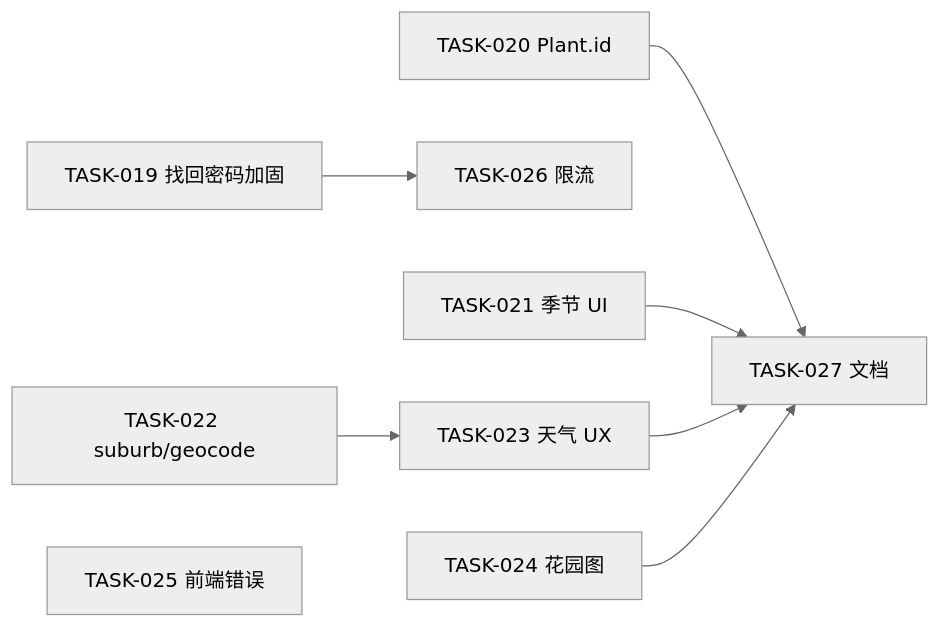
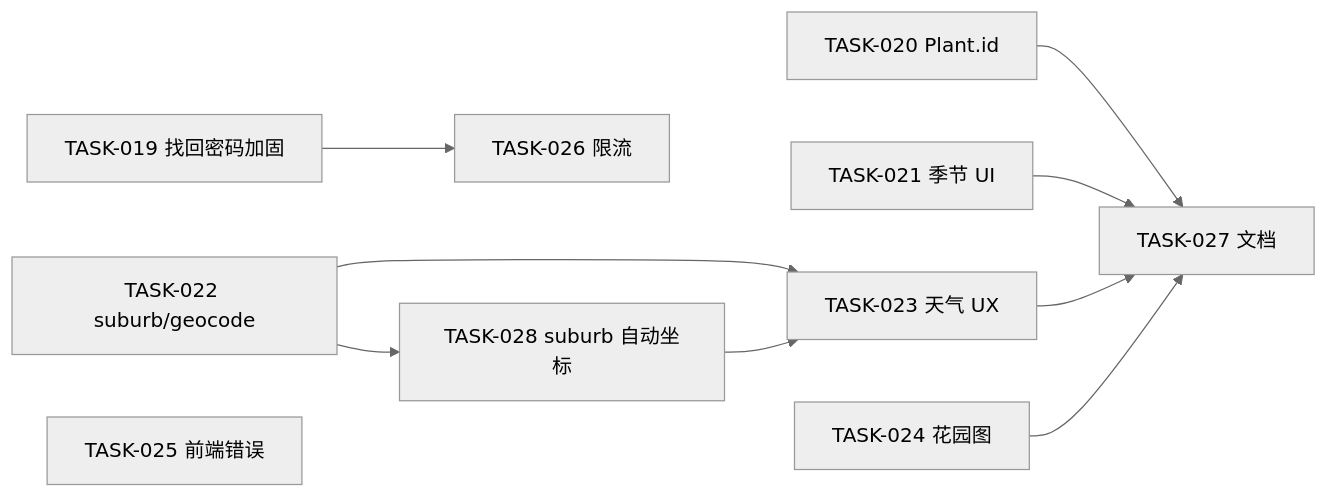
The diagram in docs/tasks/README.md (saltduck/gardenassist), drawn with Mermaid (neutral theme) before and after one commit. The commit also changed other lines of this file and 13 other files, not shown here.

````diff
--- a/docs/tasks/README.md
+++ b/docs/tasks/README.md
@@ -48,19 +54,22 @@
 ```mermaid
 flowchart LR
   T019[TASK-019 找回密码加固]
   T022[TASK-022 suburb/geocode]
   T023[TASK-023 天气 UX]
   T026[TASK-026 限流]
   T020[TASK-020 Plant.id]
   T021[TASK-021 季节 UI]
   T024[TASK-024 花园图]
   T025[TASK-025 前端错误]
   T027[TASK-027 文档]
+  T028[TASK-028 suburb 自动坐标]
 
   T019 --> T026
   T022 --> T023
+  T022 --> T028
+  T028 --> T023
   T020 --> T027
   T021 --> T027
   T023 --> T027
   T024 --> T027
 ```
````
